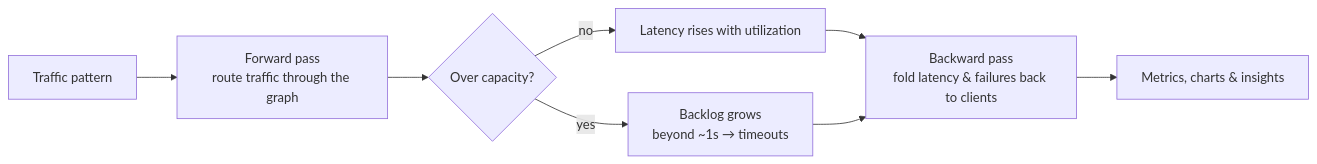
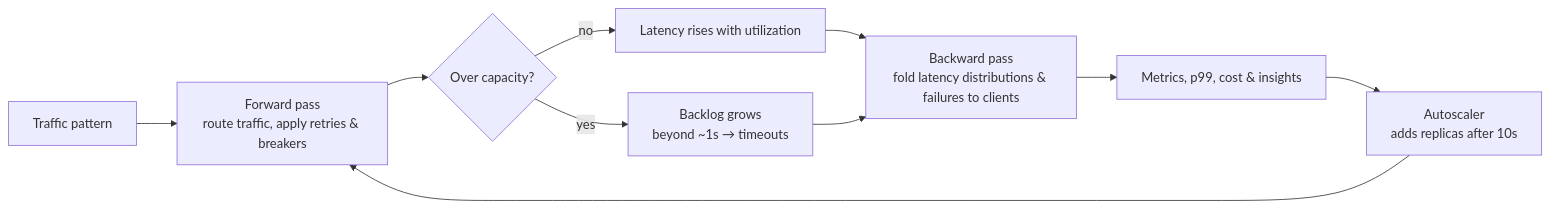
Before and after one commit to Lal-Jr/ArchFlow: the diagram in README.md, drawn with Mermaid. The commit also changed other lines of this file and 11 other files, not shown here.

````diff
--- a/README.md
+++ b/README.md
@@ -131,10 +178,12 @@
 ```mermaid
 flowchart LR
-    T[Traffic pattern] --> F[Forward pass<br/>route traffic through the graph]
+    T[Traffic pattern] --> F[Forward pass<br/>route traffic, apply retries & breakers]
     F --> C{Over capacity?}
     C -- no --> L[Latency rises with utilization]
     C -- yes --> B[Backlog grows<br/>beyond ~1s → timeouts]
-    L --> P[Backward pass<br/>fold latency & failures back to clients]
+    L --> P[Backward pass<br/>fold latency distributions & failures to clients]
     B --> P
-    P --> M[Metrics, charts & insights]
+    P --> M[Metrics, p99, cost & insights]
+    M --> A[Autoscaler<br/>adds replicas after 10s]
+    A --> F
 ```
````
